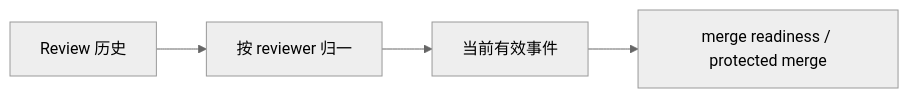
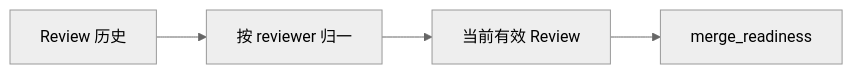
Before and after one commit to Arthur999459up/GitAgent: diagram 14 of 19 in docs/08-approval-and-remote-mutations.md, drawn with Mermaid (neutral theme). The commit also changed other lines of this file and 3 other files, not shown here.

````diff
--- a/docs/08-approval-and-remote-mutations.md
+++ b/docs/08-approval-and-remote-mutations.md
@@ -254,6 +723,6 @@
 ```mermaid
 flowchart LR
-    H[Review 历史] --> N[按 reviewer 归一]
-    N --> E[当前有效事件]
-    E --> M[merge readiness / protected merge]
+    A[Review 历史] --> B[按 reviewer 归一]
+    B --> C[当前有效 Review]
+    C --> D[merge_readiness]
 ```
````
